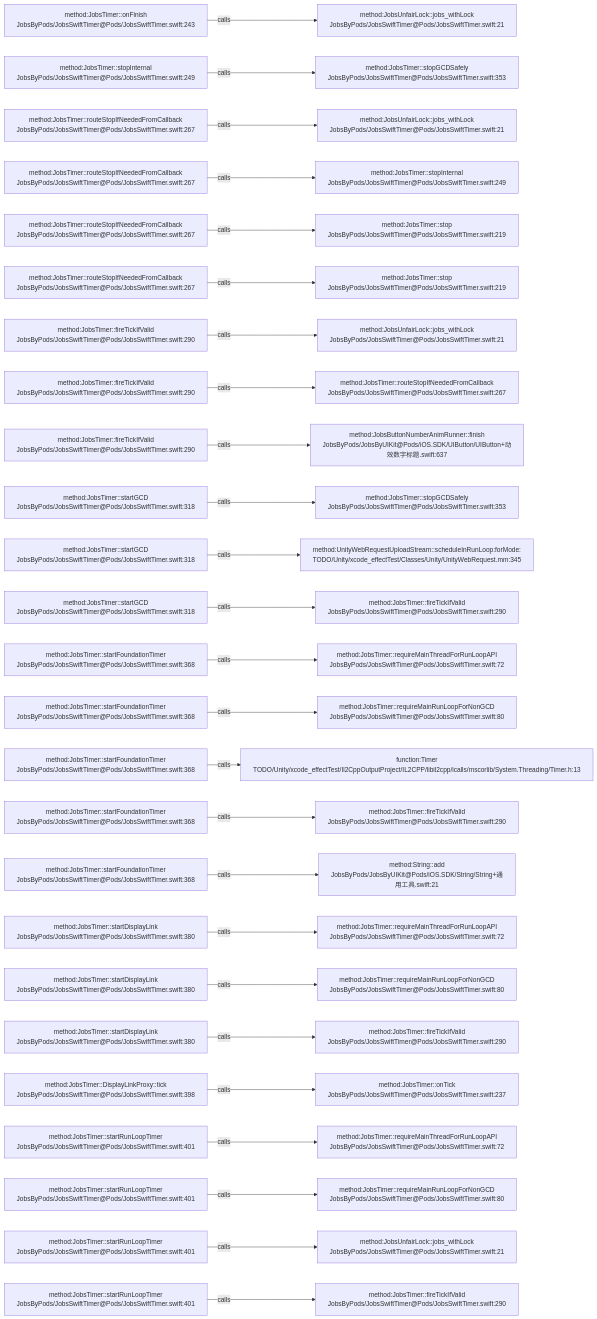
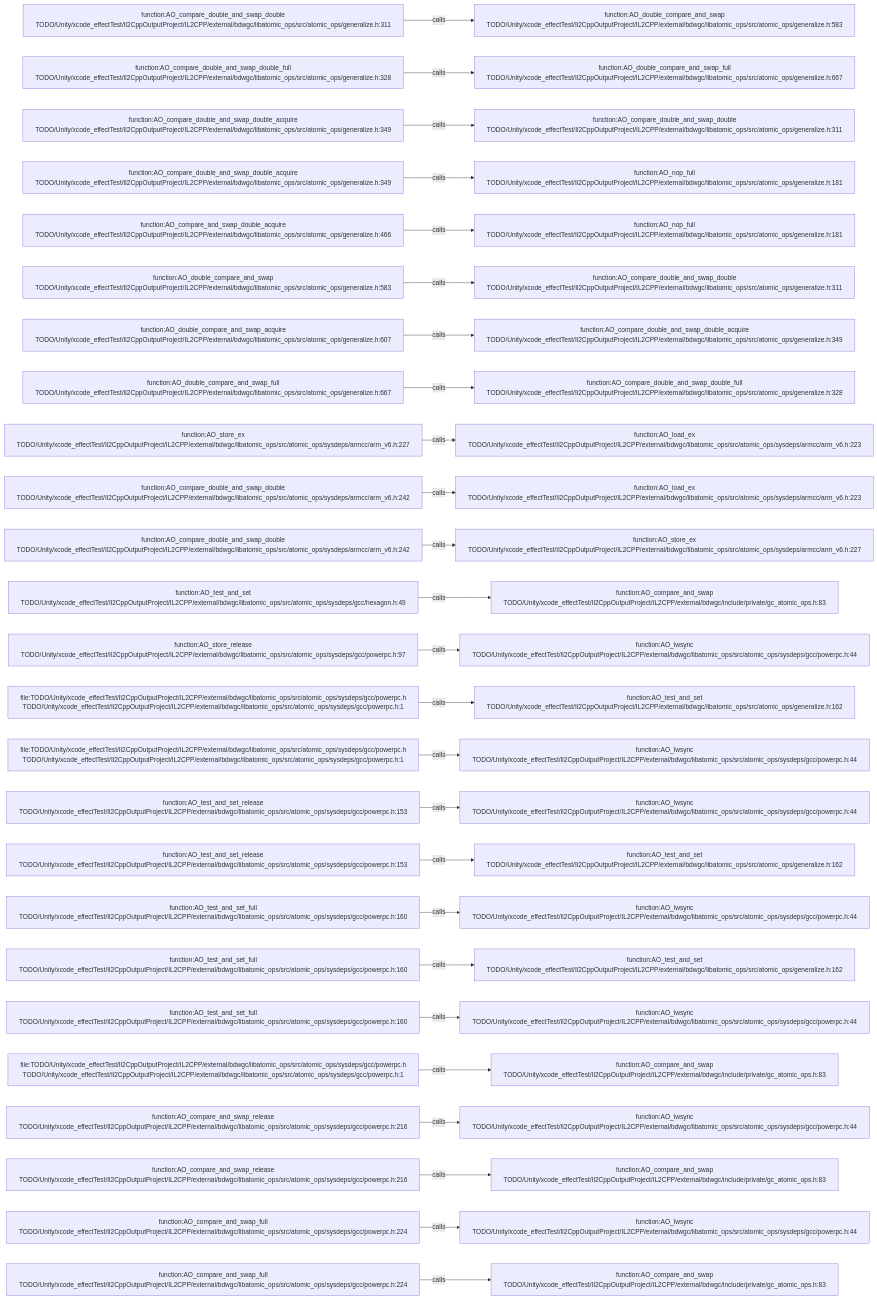
The diagram in .codegraph/codegraph.md/graphs/calls-190.md (JobsKits/JobsSwiftBaseConfigDemo), drawn with Mermaid before and after one commit. The commit also changed 569 other files, not shown here.

````diff
--- a/.codegraph/codegraph.md/graphs/calls-190.md
+++ b/.codegraph/codegraph.md/graphs/calls-190.md
@@ -13,78 +13,78 @@
 ```mermaid
 flowchart LR
-  S1["method:JobsTimer::onFinish<br/>JobsByPods/JobsSwiftTimer@Pods/JobsSwiftTimer.swift:243"]
-  T1["method:JobsUnfairLock::jobs_withLock<br/>JobsByPods/JobsSwiftTimer@Pods/JobsSwiftTimer.swift:21"]
+  S1["function:AO_compare_double_and_swap_double<br/>TODO/Unity/xcode_effectTest/Il2CppOutputProject/IL2CPP/external/bdwgc/libatomic_ops/src/atomic_ops/generalize.h:311"]
+  T1["function:AO_double_compare_and_swap<br/>TODO/Unity/xcode_effectTest/Il2CppOutputProject/IL2CPP/external/bdwgc/libatomic_ops/src/atomic_ops/generalize.h:583"]
   S1 -->|calls| T1
-  S2["method:JobsTimer::stopInternal<br/>JobsByPods/JobsSwiftTimer@Pods/JobsSwiftTimer.swift:249"]
-  T2["method:JobsTimer::stopGCDSafely<br/>JobsByPods/JobsSwiftTimer@Pods/JobsSwiftTimer.swift:353"]
+  S2["function:AO_compare_double_and_swap_double_full<br/>TODO/Unity/xcode_effectTest/Il2CppOutputProject/IL2CPP/external/bdwgc/libatomic_ops/src/atomic_ops/generalize.h:328"]
+  T2["function:AO_double_compare_and_swap_full<br/>TODO/Unity/xcode_effectTest/Il2CppOutputProject/IL2CPP/external/bdwgc/libatomic_ops/src/atomic_ops/generalize.h:667"]
   S2 -->|calls| T2
-  S3["method:JobsTimer::routeStopIfNeededFromCallback<br/>JobsByPods/JobsSwiftTimer@Pods/JobsSwiftTimer.swift:267"]
-  T3["method:JobsUnfairLock::jobs_withLock<br/>JobsByPods/JobsSwiftTimer@Pods/JobsSwiftTimer.swift:21"]
+  S3["function:AO_compare_double_and_swap_double_acquire<br/>TODO/Unity/xcode_effectTest/Il2CppOutputProject/IL2CPP/external/bdwgc/libatomic_ops/src/atomic_ops/generalize.h:349"]
+  T3["function:AO_compare_double_and_swap_double<br/>TODO/Unity/xcode_effectTest/Il2CppOutputProject/IL2CPP/external/bdwgc/libatomic_ops/src/atomic_ops/generalize.h:311"]
   S3 -->|calls| T3
-  S4["method:JobsTimer::routeStopIfNeededFromCallback<br/>JobsByPods/JobsSwiftTimer@Pods/JobsSwiftTimer.swift:267"]
-  T4["method:JobsTimer::stopInternal<br/>JobsByPods/JobsSwiftTimer@Pods/JobsSwiftTimer.swift:249"]
+  S4["function:AO_compare_double_and_swap_double_acquire<br/>TODO/Unity/xcode_effectTest/Il2CppOutputProject/IL2CPP/external/bdwgc/libatomic_ops/src/atomic_ops/generalize.h:349"]
+  T4["function:AO_nop_full<br/>TODO/Unity/xcode_effectTest/Il2CppOutputProject/IL2CPP/external/bdwgc/libatomic_ops/src/atomic_ops/generalize.h:181"]
   S4 -->|calls| T4
-  S5["method:JobsTimer::routeStopIfNeededFromCallback<br/>JobsByPods/JobsSwiftTimer@Pods/JobsSwiftTimer.swift:267"]
-  T5["method:JobsTimer::stop<br/>JobsByPods/JobsSwiftTimer@Pods/JobsSwiftTimer.swift:219"]
+  S5["function:AO_compare_and_swap_double_acquire<br/>TODO/Unity/xcode_effectTest/Il2CppOutputProject/IL2CPP/external/bdwgc/libatomic_ops/src/atomic_ops/generalize.h:466"]
+  T5["function:AO_nop_full<br/>TODO/Unity/xcode_effectTest/Il2CppOutputProject/IL2CPP/external/bdwgc/libatomic_ops/src/atomic_ops/generalize.h:181"]
   S5 -->|calls| T5
-  S6["method:JobsTimer::routeStopIfNeededFromCallback<br/>JobsByPods/JobsSwiftTimer@Pods/JobsSwiftTimer.swift:267"]
-  T6["method:JobsTimer::stop<br/>JobsByPods/JobsSwiftTimer@Pods/JobsSwiftTimer.swift:219"]
+  S6["function:AO_double_compare_and_swap<br/>TODO/Unity/xcode_effectTest/Il2CppOutputProject/IL2CPP/external/bdwgc/libatomic_ops/src/atomic_ops/generalize.h:583"]
+  T6["function:AO_compare_double_and_swap_double<br/>TODO/Unity/xcode_effectTest/Il2CppOutputProject/IL2CPP/external/bdwgc/libatomic_ops/src/atomic_ops/generalize.h:311"]
   S6 -->|calls| T6
-  S7["method:JobsTimer::fireTickIfValid<br/>JobsByPods/JobsSwiftTimer@Pods/JobsSwiftTimer.swift:290"]
-  T7["method:JobsUnfairLock::jobs_withLock<br/>JobsByPods/JobsSwiftTimer@Pods/JobsSwiftTimer.swift:21"]
+  S7["function:AO_double_compare_and_swap_acquire<br/>TODO/Unity/xcode_effectTest/Il2CppOutputProject/IL2CPP/external/bdwgc/libatomic_ops/src/atomic_ops/generalize.h:607"]
+  T7["function:AO_compare_double_and_swap_double_acquire<br/>TODO/Unity/xcode_effectTest/Il2CppOutputProject/IL2CPP/external/bdwgc/libatomic_ops/src/atomic_ops/generalize.h:349"]
   S7 -->|calls| T7
-  S8["method:JobsTimer::fireTickIfValid<br/>JobsByPods/JobsSwiftTimer@Pods/JobsSwiftTimer.swift:290"]
-  T8["method:JobsTimer::routeStopIfNeededFromCallback<br/>JobsByPods/JobsSwiftTimer@Pods/JobsSwiftTimer.swift:267"]
+  S8["function:AO_double_compare_and_swap_full<br/>TODO/Unity/xcode_effectTest/Il2CppOutputProject/IL2CPP/external/bdwgc/libatomic_ops/src/atomic_ops/generalize.h:667"]
+  T8["function:AO_compare_double_and_swap_double_full<br/>TODO/Unity/xcode_effectTest/Il2CppOutputProject/IL2CPP/external/bdwgc/libatomic_ops/src/atomic_ops/generalize.h:328"]
   S8 -->|calls| T8
-  S9["method:JobsTimer::fireTickIfValid<br/>JobsByPods/JobsSwiftTimer@Pods/JobsSwiftTimer.swift:290"]
-  T9["method:JobsButtonNumberAnimRunner::finish<br/>JobsByPods/JobsByUIKit@Pods/iOS.SDK/UIButton/UIButton+动效数字标题.swift:637"]
+  S9["function:AO_store_ex<br/>TODO/Unity/xcode_effectTest/Il2CppOutputProject/IL2CPP/external/bdwgc/libatomic_ops/src/atomic_ops/sysdeps/armcc/arm_v6.h:227"]
+  T9["function:AO_load_ex<br/>TODO/Unity/xcode_effectTest/Il2CppOutputProject/IL2CPP/external/bdwgc/libatomic_ops/src/atomic_ops/sysdeps/armcc/arm_v6.h:223"]
   S9 -->|calls| T9
-  S10["method:JobsTimer::startGCD<br/>JobsByPods/JobsSwiftTimer@Pods/JobsSwiftTimer.swift:318"]
-  T10["method:JobsTimer::stopGCDSafely<br/>JobsByPods/JobsSwiftTimer@Pods/JobsSwiftTimer.swift:353"]
+  S10["function:AO_compare_double_and_swap_double<br/>TODO/Unity/xcode_effectTest/Il2CppOutputProject/IL2CPP/external/bdwgc/libatomic_ops/src/atomic_ops/sysdeps/armcc/arm_v6.h:242"]
+  T10["function:AO_load_ex<br/>TODO/Unity/xcode_effectTest/Il2CppOutputProject/IL2CPP/external/bdwgc/libatomic_ops/src/atomic_ops/sysdeps/armcc/arm_v6.h:223"]
   S10 -->|calls| T10
-  S11["method:JobsTimer::startGCD<br/>JobsByPods/JobsSwiftTimer@Pods/JobsSwiftTimer.swift:318"]
-  T11["method:UnityWebRequestUploadStream::scheduleInRunLoop:forMode:<br/>TODO/Unity/xcode_effectTest/Classes/Unity/UnityWebRequest.mm:345"]
+  S11["function:AO_compare_double_and_swap_double<br/>TODO/Unity/xcode_effectTest/Il2CppOutputProject/IL2CPP/external/bdwgc/libatomic_ops/src/atomic_ops/sysdeps/armcc/arm_v6.h:242"]
+  T11["function:AO_store_ex<br/>TODO/Unity/xcode_effectTest/Il2CppOutputProject/IL2CPP/external/bdwgc/libatomic_ops/src/atomic_ops/sysdeps/armcc/arm_v6.h:227"]
   S11 -->|calls| T11
-  S12["method:JobsTimer::startGCD<br/>JobsByPods/JobsSwiftTimer@Pods/JobsSwiftTimer.swift:318"]
-  T12["method:JobsTimer::fireTickIfValid<br/>JobsByPods/JobsSwiftTimer@Pods/JobsSwiftTimer.swift:290"]
+  S12["function:AO_test_and_set<br/>TODO/Unity/xcode_effectTest/Il2CppOutputProject/IL2CPP/external/bdwgc/libatomic_ops/src/atomic_ops/sysdeps/gcc/hexagon.h:49"]
+  T12["function:AO_compare_and_swap<br/>TODO/Unity/xcode_effectTest/Il2CppOutputProject/IL2CPP/external/bdwgc/include/private/gc_atomic_ops.h:83"]
   S12 -->|calls| T12
-  S13["method:JobsTimer::startFoundationTimer<br/>JobsByPods/JobsSwiftTimer@Pods/JobsSwiftTimer.swift:368"]
-  T13["method:JobsTimer::requireMainThreadForRunLoopAPI<br/>JobsByPods/JobsSwiftTimer@Pods/JobsSwiftTimer.swift:72"]
+  S13["function:AO_store_release<br/>TODO/Unity/xcode_effectTest/Il2CppOutputProject/IL2CPP/external/bdwgc/libatomic_ops/src/atomic_ops/sysdeps/gcc/powerpc.h:97"]
+  T13["function:AO_lwsync<br/>TODO/Unity/xcode_effectTest/Il2CppOutputProject/IL2CPP/external/bdwgc/libatomic_ops/src/atomic_ops/sysdeps/gcc/powerpc.h:44"]
   S13 -->|calls| T13
-  S14["method:JobsTimer::startFoundationTimer<br/>JobsByPods/JobsSwiftTimer@Pods/JobsSwiftTimer.swift:368"]
-  T14["method:JobsTimer::requireMainRunLoopForNonGCD<br/>JobsByPods/JobsSwiftTimer@Pods/JobsSwiftTimer.swift:80"]
+  S14["file:TODO/Unity/xcode_effectTest/Il2CppOutputProject/IL2CPP/external/bdwgc/libatomic_ops/src/atomic_ops/sysdeps/gcc/powerpc.h<br/>TODO/Unity/xcode_effectTest/Il2CppOutputProject/IL2CPP/external/bdwgc/libatomic_ops/src/atomic_ops/sysdeps/gcc/powerpc.h:1"]
+  T14["function:AO_test_and_set<br/>TODO/Unity/xcode_effectTest/Il2CppOutputProject/IL2CPP/external/bdwgc/libatomic_ops/src/atomic_ops/generalize.h:162"]
   S14 -->|calls| T14
-  S15["method:JobsTimer::startFoundationTimer<br/>JobsByPods/JobsSwiftTimer@Pods/JobsSwiftTimer.swift:368"]
-  T15["function:Timer<br/>TODO/Unity/xcode_effectTest/Il2CppOutputProject/IL2CPP/libil2cpp/icalls/mscorlib/System.Threading/Timer.h:13"]
+  S15["file:TODO/Unity/xcode_effectTest/Il2CppOutputProject/IL2CPP/external/bdwgc/libatomic_ops/src/atomic_ops/sysdeps/gcc/powerpc.h<br/>TODO/Unity/xcode_effectTest/Il2CppOutputProject/IL2CPP/external/bdwgc/libatomic_ops/src/atomic_ops/sysdeps/gcc/powerpc.h:1"]
+  T15["function:AO_lwsync<br/>TODO/Unity/xcode_effectTest/Il2CppOutputProject/IL2CPP/external/bdwgc/libatomic_ops/src/atomic_ops/sysdeps/gcc/powerpc.h:44"]
   S15 -->|calls| T15
-  S16["method:JobsTimer::startFoundationTimer<br/>JobsByPods/JobsSwiftTimer@Pods/JobsSwiftTimer.swift:368"]
-  T16["method:JobsTimer::fireTickIfValid<br/>JobsByPods/JobsSwiftTimer@Pods/JobsSwiftTimer.swift:290"]
+  S16["function:AO_test_and_set_release<br/>TODO/Unity/xcode_effectTest/Il2CppOutputProject/IL2CPP/external/bdwgc/libatomic_ops/src/atomic_ops/sysdeps/gcc/powerpc.h:153"]
+  T16["function:AO_lwsync<br/>TODO/Unity/xcode_effectTest/Il2CppOutputProject/IL2CPP/external/bdwgc/libatomic_ops/src/atomic_ops/sysdeps/gcc/powerpc.h:44"]
   S16 -->|calls| T16
-  S17["method:JobsTimer::startFoundationTimer<br/>JobsByPods/JobsSwiftTimer@Pods/JobsSwiftTimer.swift:368"]
-  T17["method:String::add<br/>JobsByPods/JobsByUIKit@Pods/iOS.SDK/String/String+通用工具.swift:21"]
+  S17["function:AO_test_and_set_release<br/>TODO/Unity/xcode_effectTest/Il2CppOutputProject/IL2CPP/external/bdwgc/libatomic_ops/src/atomic_ops/sysdeps/gcc/powerpc.h:153"]
+  T17["function:AO_test_and_set<br/>TODO/Unity/xcode_effectTest/Il2CppOutputProject/IL2CPP/external/bdwgc/libatomic_ops/src/atomic_ops/generalize.h:162"]
   S17 -->|calls| T17
-  S18["method:JobsTimer::startDisplayLink<br/>JobsByPods/JobsSwiftTimer@Pods/JobsSwiftTimer.swift:380"]
-  T18["method:JobsTimer::requireMainThreadForRunLoopAPI<br/>JobsByPods/JobsSwiftTimer@Pods/JobsSwiftTimer.swift:72"]
+  S18["function:AO_test_and_set_full<br/>TODO/Unity/xcode_effectTest/Il2CppOutputProject/IL2CPP/external/bdwgc/libatomic_ops/src/atomic_ops/sysdeps/gcc/powerpc.h:160"]
+  T18["function:AO_lwsync<br/>TODO/Unity/xcode_effectTest/Il2CppOutputProject/IL2CPP/external/bdwgc/libatomic_ops/src/atomic_ops/sysdeps/gcc/powerpc.h:44"]
   S18 -->|calls| T18
-  S19["method:JobsTimer::startDisplayLink<br/>JobsByPods/JobsSwiftTimer@Pods/JobsSwiftTimer.swift:380"]
-  T19["method:JobsTimer::requireMainRunLoopForNonGCD<br/>JobsByPods/JobsSwiftTimer@Pods/JobsSwiftTimer.swift:80"]
+  S19["function:AO_test_and_set_full<br/>TODO/Unity/xcode_effectTest/Il2CppOutputProject/IL2CPP/external/bdwgc/libatomic_ops/src/atomic_ops/sysdeps/gcc/powerpc.h:160"]
+  T19["function:AO_test_and_set<br/>TODO/Unity/xcode_effectTest/Il2CppOutputProject/IL2CPP/external/bdwgc/libatomic_ops/src/atomic_ops/generalize.h:162"]
   S19 -->|calls| T19
-  S20["method:JobsTimer::startDisplayLink<br/>JobsByPods/JobsSwiftTimer@Pods/JobsSwiftTimer.swift:380"]
-  T20["method:JobsTimer::fireTickIfValid<br/>JobsByPods/JobsSwiftTimer@Pods/JobsSwiftTimer.swift:290"]
+  S20["function:AO_test_and_set_full<br/>TODO/Unity/xcode_effectTest/Il2CppOutputProject/IL2CPP/external/bdwgc/libatomic_ops/src/atomic_ops/sysdeps/gcc/powerpc.h:160"]
+  T20["function:AO_lwsync<br/>TODO/Unity/xcode_effectTest/Il2CppOutputProject/IL2CPP/external/bdwgc/libatomic_ops/src/atomic_ops/sysdeps/gcc/powerpc.h:44"]
   S20 -->|calls| T20
-  S21["method:JobsTimer::DisplayLinkProxy::tick<br/>JobsByPods/JobsSwiftTimer@Pods/JobsSwiftTimer.swift:398"]
-  T21["method:JobsTimer::onTick<br/>JobsByPods/JobsSwiftTimer@Pods/JobsSwiftTimer.swift:237"]
+  S21["file:TODO/Unity/xcode_effectTest/Il2CppOutputProject/IL2CPP/external/bdwgc/libatomic_ops/src/atomic_ops/sysdeps/gcc/powerpc.h<br/>TODO/Unity/xcode_effectTest/Il2CppOutputProject/IL2CPP/external/bdwgc/libatomic_ops/src/atomic_ops/sysdeps/gcc/powerpc.h:1"]
+  T21["function:AO_compare_and_swap<br/>TODO/Unity/xcode_effectTest/Il2CppOutputProject/IL2CPP/external/bdwgc/include/private/gc_atomic_ops.h:83"]
   S21 -->|calls| T21
-  S22["method:JobsTimer::startRunLoopTimer<br/>JobsByPods/JobsSwiftTimer@Pods/JobsSwiftTimer.swift:401"]
-  T22["method:JobsTimer::requireMainThreadForRunLoopAPI<br/>JobsByPods/JobsSwiftTimer@Pods/JobsSwiftTimer.swift:72"]
+  S22["function:AO_compare_and_swap_release<br/>TODO/Unity/xcode_effectTest/Il2CppOutputProject/IL2CPP/external/bdwgc/libatomic_ops/src/atomic_ops/sysdeps/gcc/powerpc.h:216"]
+  T22["function:AO_lwsync<br/>TODO/Unity/xcode_effectTest/Il2CppOutputProject/IL2CPP/external/bdwgc/libatomic_ops/src/atomic_ops/sysdeps/gcc/powerpc.h:44"]
   S22 -->|calls| T22
-  S23["method:JobsTimer::startRunLoopTimer<br/>JobsByPods/JobsSwiftTimer@Pods/JobsSwiftTimer.swift:401"]
-  T23["method:JobsTimer::requireMainRunLoopForNonGCD<br/>JobsByPods/JobsSwiftTimer@Pods/JobsSwiftTimer.swift:80"]
+  S23["function:AO_compare_and_swap_release<br/>TODO/Unity/xcode_effectTest/Il2CppOutputProject/IL2CPP/external/bdwgc/libatomic_ops/src/atomic_ops/sysdeps/gcc/powerpc.h:216"]
+  T23["function:AO_compare_and_swap<br/>TODO/Unity/xcode_effectTest/Il2CppOutputProject/IL2CPP/external/bdwgc/include/private/gc_atomic_ops.h:83"]
   S23 -->|calls| T23
-  S24["method:JobsTimer::startRunLoopTimer<br/>JobsByPods/JobsSwiftTimer@Pods/JobsSwiftTimer.swift:401"]
-  T24["method:JobsUnfairLock::jobs_withLock<br/>JobsByPods/JobsSwiftTimer@Pods/JobsSwiftTimer.swift:21"]
+  S24["function:AO_compare_and_swap_full<br/>TODO/Unity/xcode_effectTest/Il2CppOutputProject/IL2CPP/external/bdwgc/libatomic_ops/src/atomic_ops/sysdeps/gcc/powerpc.h:224"]
+  T24["function:AO_lwsync<br/>TODO/Unity/xcode_effectTest/Il2CppOutputProject/IL2CPP/external/bdwgc/libatomic_ops/src/atomic_ops/sysdeps/gcc/powerpc.h:44"]
   S24 -->|calls| T24
-  S25["method:JobsTimer::startRunLoopTimer<br/>JobsByPods/JobsSwiftTimer@Pods/JobsSwiftTimer.swift:401"]
-  T25["method:JobsTimer::fireTickIfValid<br/>JobsByPods/JobsSwiftTimer@Pods/JobsSwiftTimer.swift:290"]
+  S25["function:AO_compare_and_swap_full<br/>TODO/Unity/xcode_effectTest/Il2CppOutputProject/IL2CPP/external/bdwgc/libatomic_ops/src/atomic_ops/sysdeps/gcc/powerpc.h:224"]
+  T25["function:AO_compare_and_swap<br/>TODO/Unity/xcode_effectTest/Il2CppOutputProject/IL2CPP/external/bdwgc/include/private/gc_atomic_ops.h:83"]
   S25 -->|calls| T25
 ```
````
